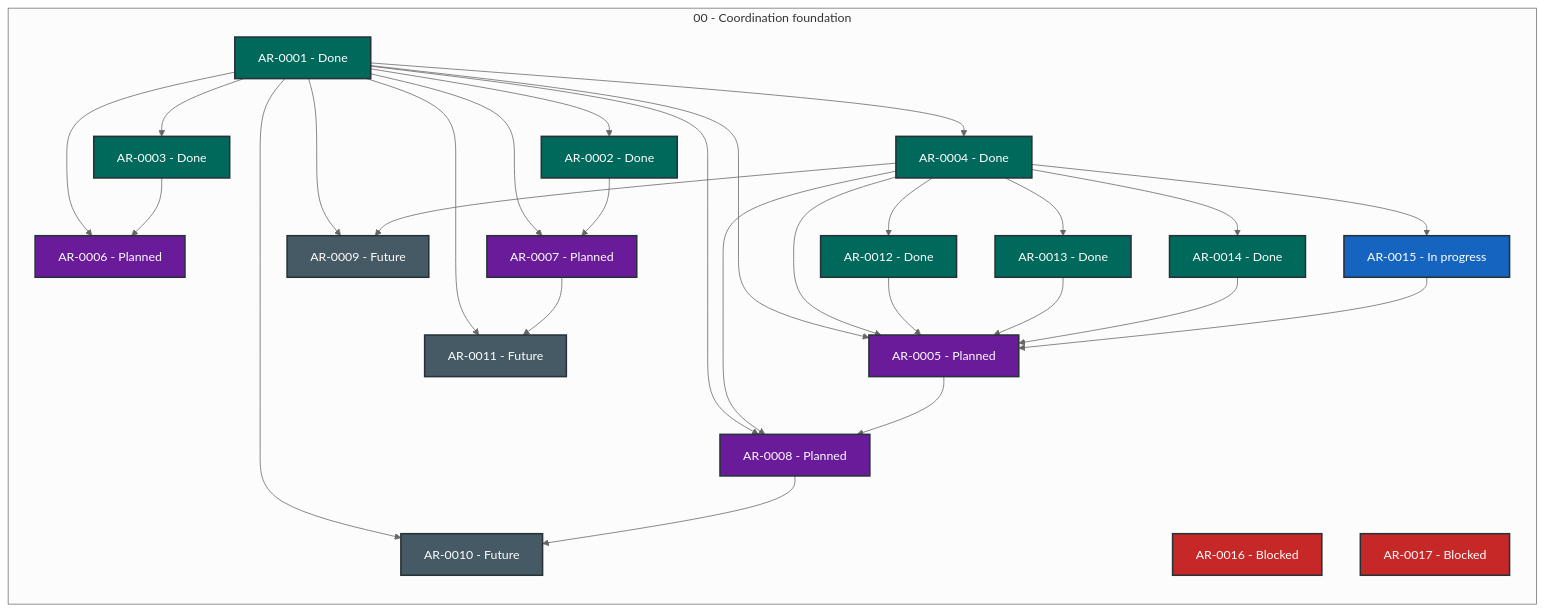
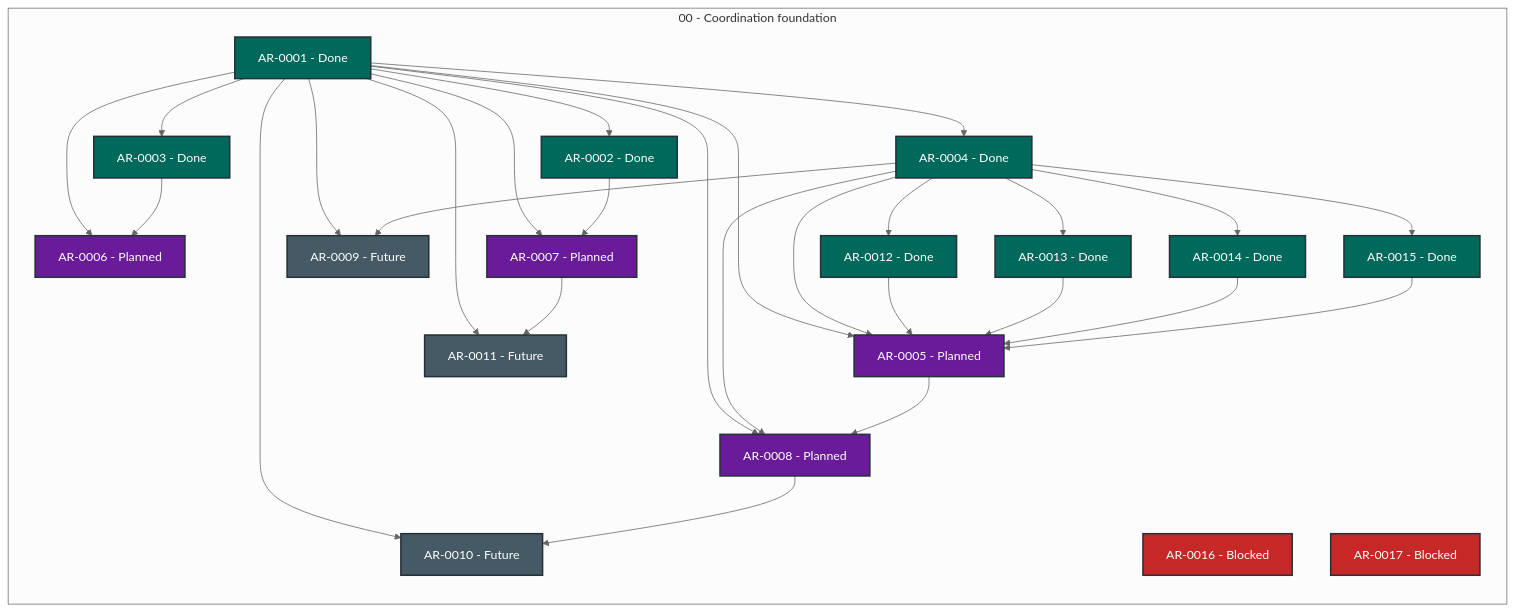
One commit to martin-beck/agent-workflow-quality-state changed the diagram in STATUS.md. Above: the diagram before and after it, drawn with Mermaid (neutral theme). The commit also changed other lines of this file and 2 other files, not shown here.

````diff
--- a/STATUS.md
+++ b/STATUS.md
@@ -27,57 +27,57 @@
 ```mermaid
 flowchart LR
     subgraph series_00["00 - Coordination foundation"]
         direction TB
         AR_0001["AR-0001 - Done"]:::status_done
         AR_0002["AR-0002 - Done"]:::status_done
         AR_0003["AR-0003 - Done"]:::status_done
         AR_0004["AR-0004 - Done"]:::status_done
         AR_0005["AR-0005 - Planned"]:::status_planned
         AR_0006["AR-0006 - Planned"]:::status_planned
         AR_0007["AR-0007 - Planned"]:::status_planned
         AR_0008["AR-0008 - Planned"]:::status_planned
         AR_0009["AR-0009 - Future"]:::status_future
         AR_0010["AR-0010 - Future"]:::status_future
         AR_0011["AR-0011 - Future"]:::status_future
         AR_0012["AR-0012 - Done"]:::status_done
         AR_0013["AR-0013 - Done"]:::status_done
         AR_0014["AR-0014 - Done"]:::status_done
-        AR_0015["AR-0015 - In progress"]:::status_in_progress
+        AR_0015["AR-0015 - Done"]:::status_done
         AR_0016["AR-0016 - Blocked"]:::status_blocked
         AR_0017["AR-0017 - Blocked"]:::status_blocked
     end
     AR_0001 --> AR_0002
     AR_0001 --> AR_0003
     AR_0001 --> AR_0004
     AR_0001 --> AR_0005
     AR_0001 --> AR_0006
     AR_0001 --> AR_0007
     AR_0001 --> AR_0008
     AR_0001 --> AR_0009
     AR_0001 --> AR_0010
     AR_0001 --> AR_0011
     AR_0002 --> AR_0007
     AR_0003 --> AR_0006
     AR_0004 --> AR_0005
     AR_0004 --> AR_0008
     AR_0004 --> AR_0009
     AR_0004 --> AR_0012
     AR_0004 --> AR_0013
     AR_0004 --> AR_0014
     AR_0004 --> AR_0015
     AR_0005 --> AR_0008
     AR_0007 --> AR_0011
     AR_0008 --> AR_0010
     AR_0012 --> AR_0005
     AR_0013 --> AR_0005
     AR_0014 --> AR_0005
     AR_0015 --> AR_0005
     classDef status_in_progress fill:#1565c0,color:#ffffff,stroke:#263238,stroke-width:2px
     classDef status_open fill:#2e7d32,color:#ffffff,stroke:#263238,stroke-width:2px
     classDef status_blocked fill:#c62828,color:#ffffff,stroke:#263238,stroke-width:2px
     classDef status_planned fill:#6a1b9a,color:#ffffff,stroke:#263238,stroke-width:2px
     classDef status_future fill:#455a64,color:#ffffff,stroke:#263238,stroke-width:2px
     classDef status_done fill:#00695c,color:#ffffff,stroke:#263238,stroke-width:2px
     classDef status_cancelled fill:#616161,color:#ffffff,stroke:#263238,stroke-width:2px
     classDef status_superseded fill:#5d4037,color:#ffffff,stroke:#263238,stroke-width:2px
 ```
````
